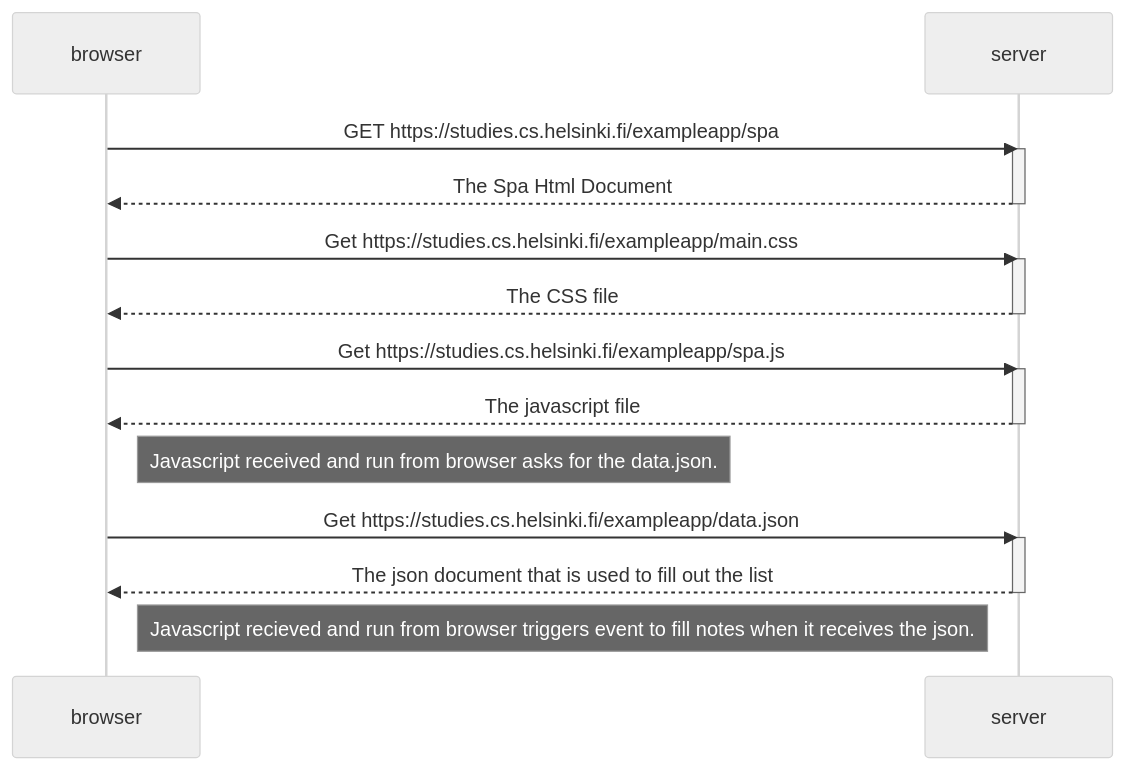
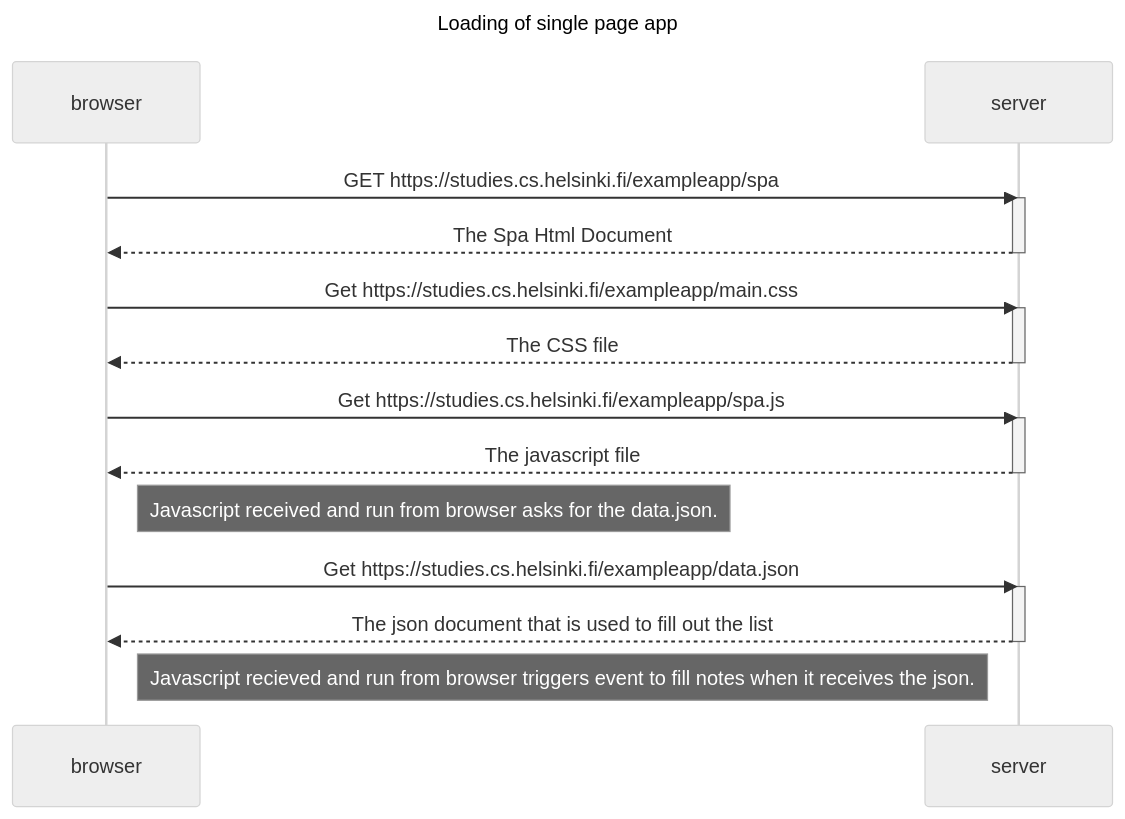
The diagram in part0/0.5.md (RunLikeAnAntelope/FullStackOpen), drawn with Mermaid (neutral theme) before and after one commit.

Commit message:
Update 0.5.md
Added title

````diff
--- a/part0/0.5.md
+++ b/part0/0.5.md
@@ -1,30 +1,30 @@
 ```mermaid
-sequenceDiagram
+sequenceDiagram title Loading of single page app
     participant browser
     participant server
 
     browser->>server: GET https://studies.cs.helsinki.fi/exampleapp/spa
     activate server
     server-->>browser: The Spa Html Document
     deactivate server
 
     browser->>server: Get https://studies.cs.helsinki.fi/exampleapp/main.css
     activate server
     server-->>browser: The CSS file
     deactivate server
 
     browser->>server: Get https://studies.cs.helsinki.fi/exampleapp/spa.js
     activate server
     server-->>browser: The javascript file
     deactivate server
 
     Note right of browser: Javascript received and run from browser asks for the data.json.
 
     browser->>server: Get https://studies.cs.helsinki.fi/exampleapp/data.json
     activate server
     server-->>browser: The json document that is used to fill out the list
     deactivate server
 
     Note right of browser: Javascript recieved and run from browser triggers event to fill notes when it receives the json.
     
 ```
````
